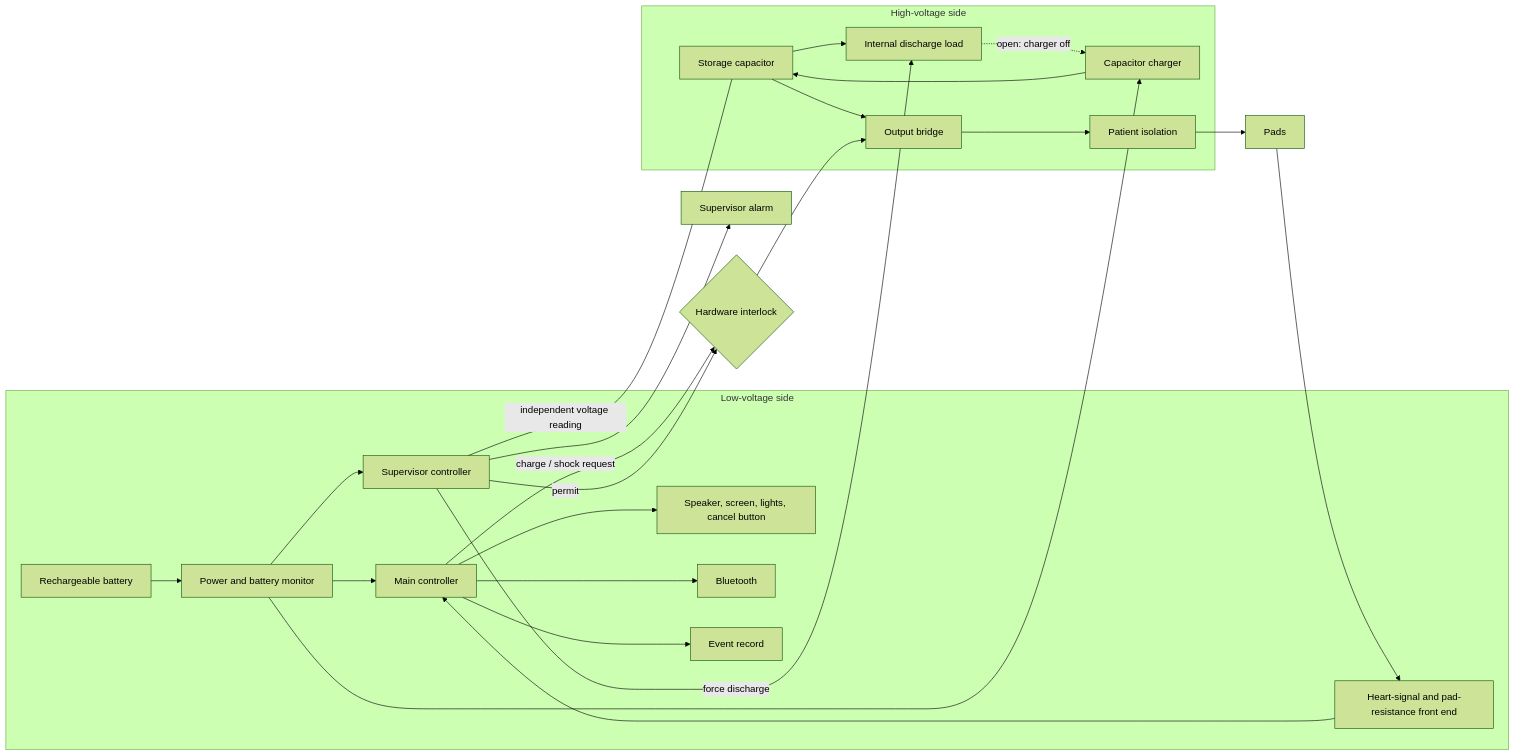
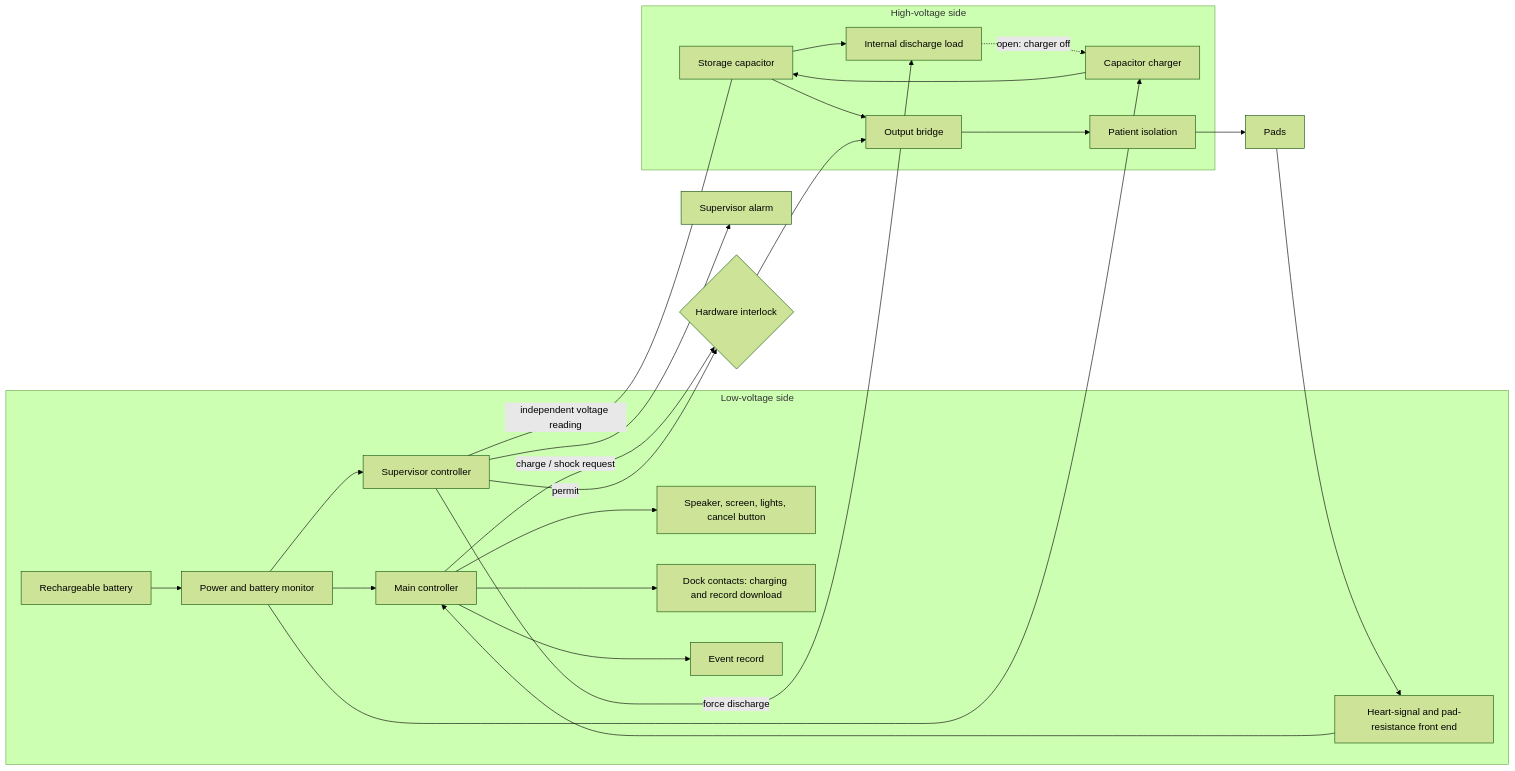
The first of 2 diagrams in docs/ARCHITECTURE.md (holdTheDoorHoid/open-aed), drawn with Mermaid (forest theme) before and after one commit. The commit also changed other lines of this file and 38 other files, not shown here.

````diff
--- a/docs/ARCHITECTURE.md
+++ b/docs/ARCHITECTURE.md
@@ -9,28 +9,28 @@
 ```mermaid
 flowchart LR
     subgraph LV["Low-voltage side"]
         BAT[Rechargeable battery] --> PWR[Power and battery monitor]
         PWR --> MAIN[Main controller]
         PWR --> SUP[Supervisor controller]
         ECG[Heart-signal and pad-resistance front end] --> MAIN
         MAIN --> UI[Speaker, screen, lights, cancel button]
-        MAIN --> BLE[Bluetooth]
+        MAIN --> DOCK[Dock contacts: charging and record download]
         MAIN --> LOG[Event record]
     end
     subgraph HV["High-voltage side"]
         CHG[Capacitor charger] --> CAP[Storage capacitor]
         CAP --> BRIDGE[Output bridge]
         CAP --> DUMP[Internal discharge load]
         BRIDGE --> RELAY[Patient isolation]
     end
     PWR --> CHG
     MAIN -- "charge / shock request" --> GATE{Hardware interlock}
     SUP -- "permit" --> GATE
     GATE --> BRIDGE
     SUP -- "independent voltage reading" --- CAP
     SUP -- "force discharge" --> DUMP
     SUP --> ALARM[Supervisor alarm]
     DUMP -. "open: charger off" .-> CHG
     RELAY --> PADS[Pads]
     PADS --> ECG
 ```
````
